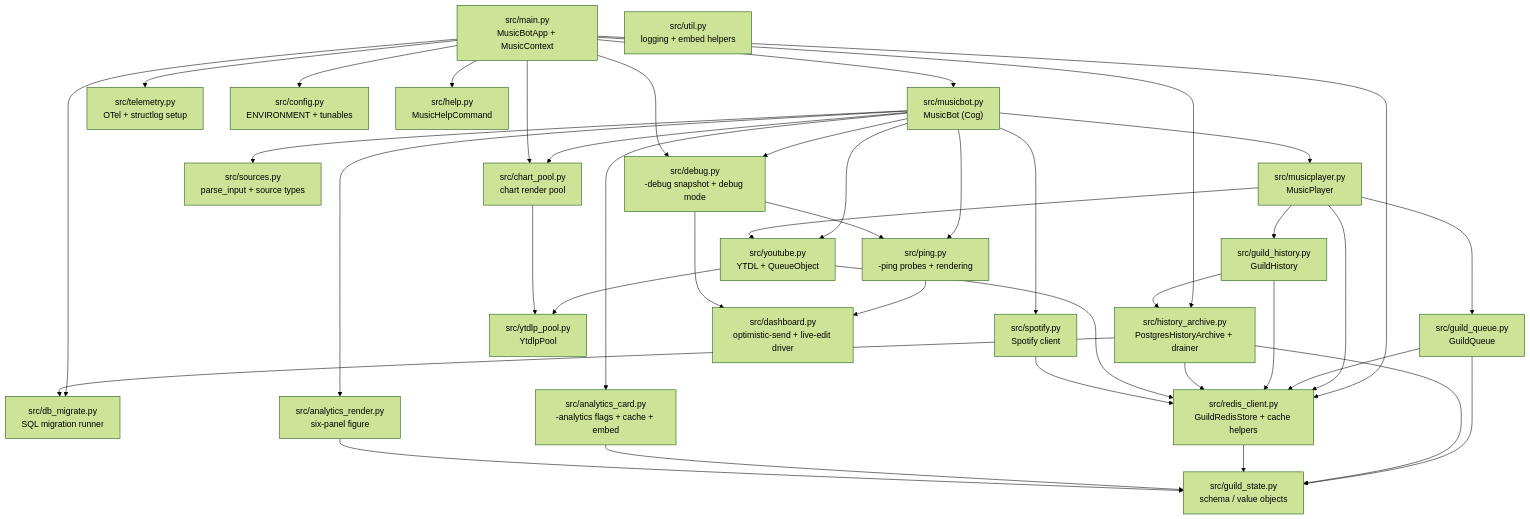
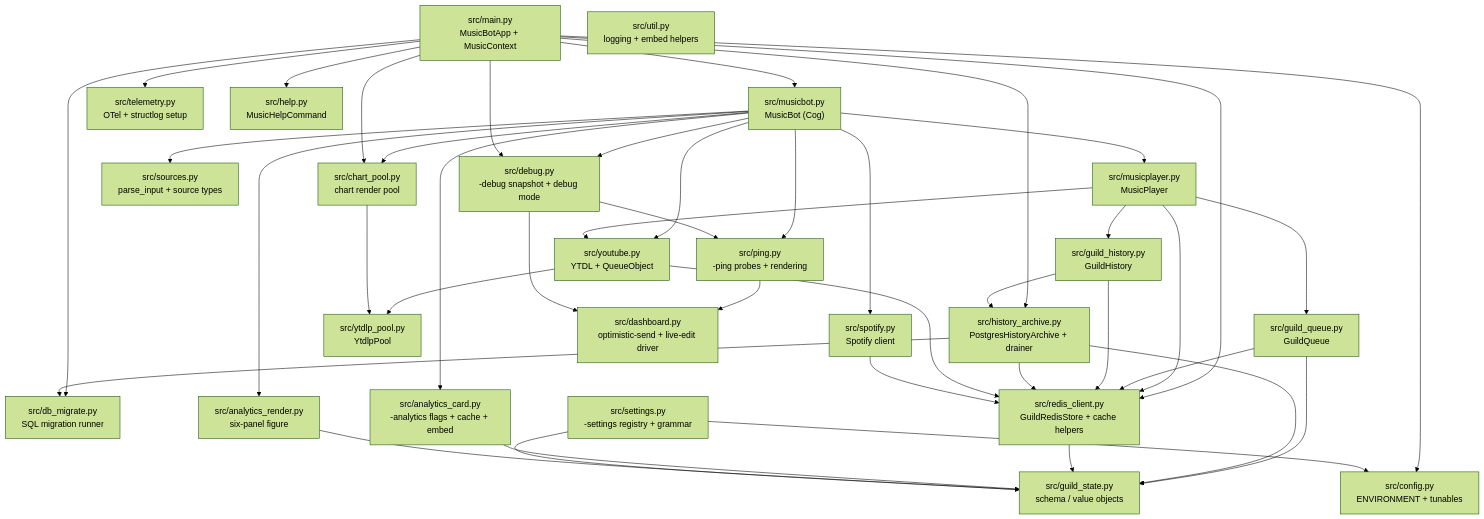
The third of 15 diagrams in docs/ARCHITECTURE.md (kawadeomkar/discord-music-bot), drawn with Mermaid (forest theme) before and after one commit. The commit also changed other lines of this file and 10 other files, not shown here.

````diff
--- a/docs/ARCHITECTURE.md
+++ b/docs/ARCHITECTURE.md
@@ -165,66 +165,69 @@
 ```mermaid
 graph TD
     main["src/main.py\nMusicBotApp + MusicContext"]
     musicbot["src/musicbot.py\nMusicBot (Cog)"]
     musicplayer["src/musicplayer.py\nMusicPlayer"]
     guild_queue["src/guild_queue.py\nGuildQueue"]
     guild_history["src/guild_history.py\nGuildHistory"]
     guild_state["src/guild_state.py\nschema / value objects"]
     history_archive["src/history_archive.py\nPostgresHistoryArchive + drainer"]
     db["src/db_migrate.py\nSQL migration runner"]
     youtube["src/youtube.py\nYTDL + QueueObject"]
     ytdlp_pool["src/ytdlp_pool.py\nYtdlpPool"]
     sources["src/sources.py\nparse_input + source types"]
     spotify["src/spotify.py\nSpotify client"]
     redis_client["src/redis_client.py\nGuildRedisStore + cache helpers"]
     telemetry["src/telemetry.py\nOTel + structlog setup"]
     config["src/config.py\nENVIRONMENT + tunables"]
+    settings_mod["src/settings.py\n-settings registry + grammar"]
     help_cmd["src/help.py\nMusicHelpCommand"]
     dashboard["src/dashboard.py\noptimistic-send + live-edit driver"]
     ping["src/ping.py\n-ping probes + rendering"]
     debug_mod["src/debug.py\n-debug snapshot + debug mode"]
     analytics_card["src/analytics_card.py\n-analytics flags + cache + embed"]
     analytics_render["src/analytics_render.py\nsix-panel figure"]
     chart_pool["src/chart_pool.py\nchart render pool"]
     util["src/util.py\nlogging + embed helpers"]
 
     main --> musicbot
     main --> redis_client
     main --> telemetry
     main --> config
     main --> help_cmd
     main --> db
     main --> history_archive
     musicbot --> musicplayer
     musicbot --> ping
     musicbot --> debug_mod
     ping --> dashboard
     debug_mod --> dashboard
     debug_mod --> ping
     main --> debug_mod
     musicbot --> sources
     musicbot --> spotify
     musicbot --> youtube
     musicplayer --> guild_queue
     musicplayer --> guild_history
     musicplayer --> youtube
     musicplayer --> redis_client
     guild_queue --> guild_state
     guild_queue --> redis_client
     guild_history --> redis_client
     guild_history --> history_archive
     history_archive --> db
     history_archive --> guild_state
     history_archive --> redis_client
     redis_client --> guild_state
     youtube --> redis_client
     youtube --> ytdlp_pool
     musicbot --> analytics_card
     musicbot --> analytics_render
     musicbot --> chart_pool
     analytics_card --> guild_state
     analytics_render --> guild_state
     chart_pool --> ytdlp_pool
     main --> chart_pool
     spotify --> redis_client
+    settings_mod --> config
+    settings_mod --> guild_state
 ```
````
